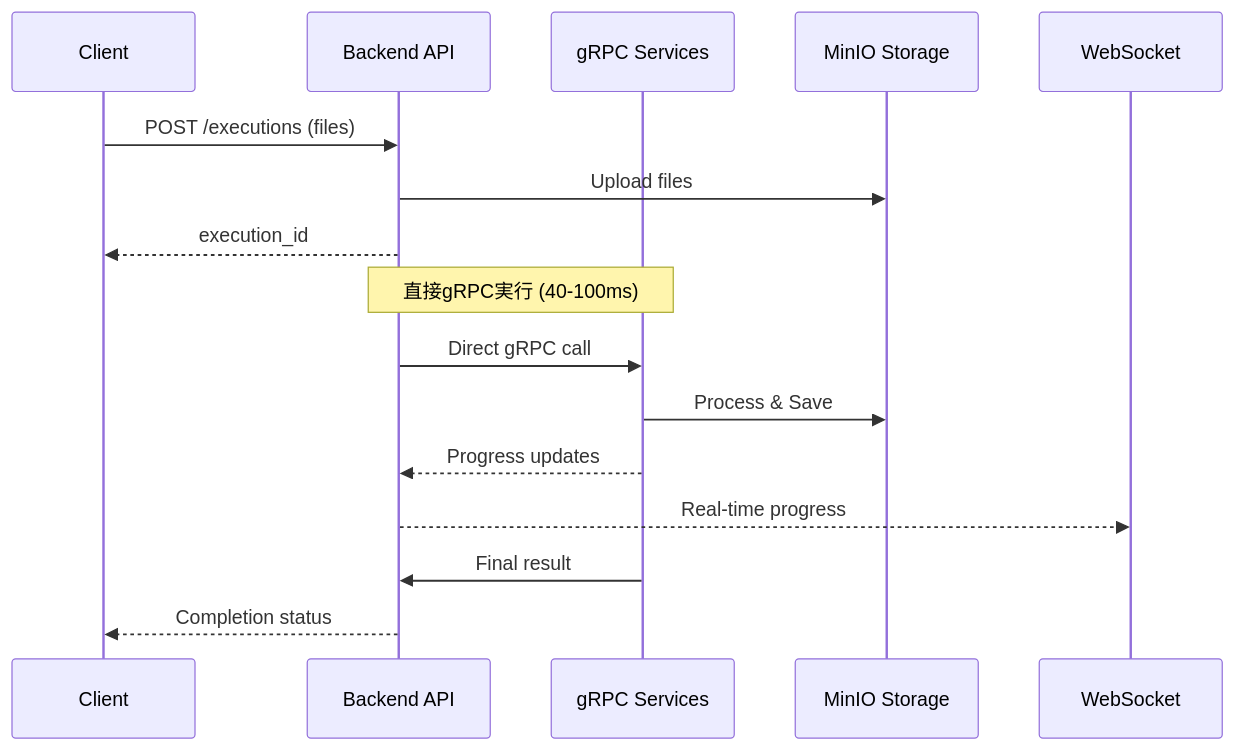
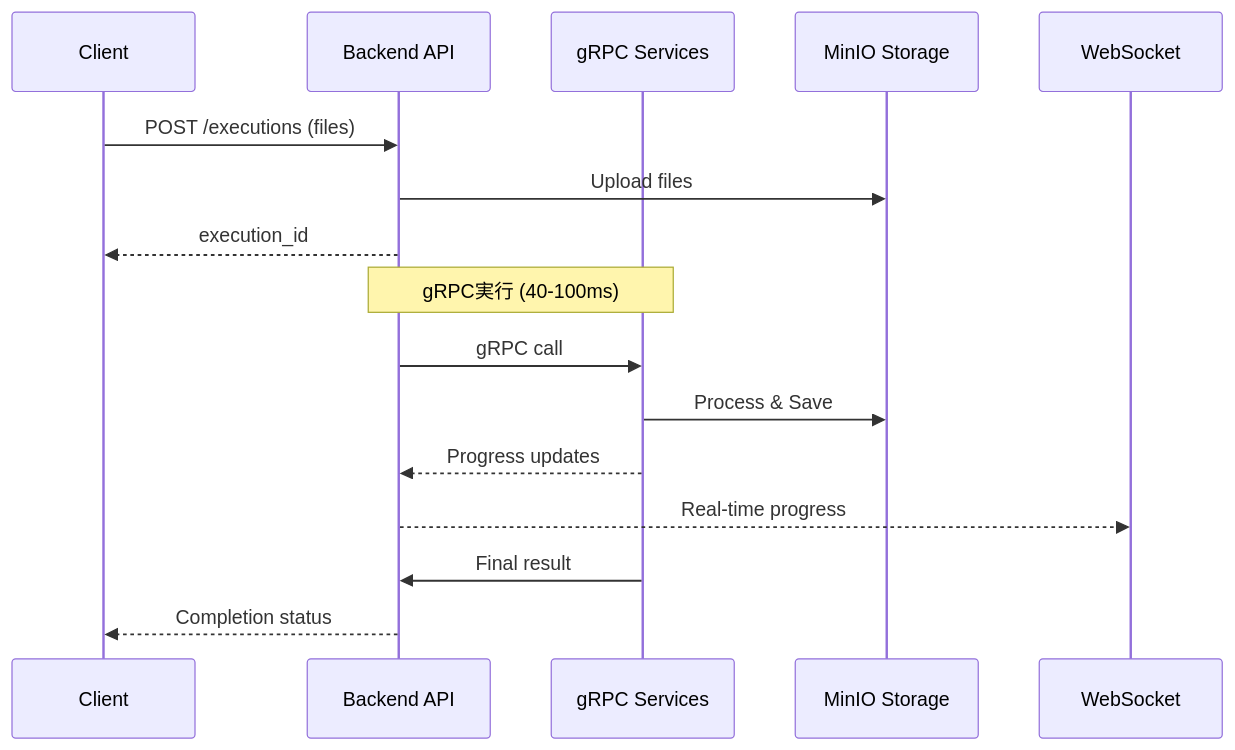
One commit to daichiTAAA/ImageFlowCanvas changed the third of 6 diagrams in docs/0300_設計_アプローチ1/0302_アーキテクチャ設計.md. Above: the diagram before and after it, drawn with Mermaid. The commit also changed other lines of this file and 2 other files, not shown here.

Commit message:
Remove Envoy and direct gRPC references, unify frontend communication via REST+WebSocket

````diff
--- a/docs/0300_設計_アプローチ1/0302_アーキテクチャ設計.md
+++ b/docs/0300_設計_アプローチ1/0302_アーキテクチャ設計.md
@@ -206,20 +207,20 @@
 ```mermaid
 sequenceDiagram
     participant C as Client
     participant API as Backend API
     participant gRPC as gRPC Services
     participant MinIO as MinIO Storage
     participant WS as WebSocket
 
     C->>API: POST /executions (files)
     API->>MinIO: Upload files
     API-->>C: execution_id
     
-    Note over API,gRPC: 直接gRPC実行 (40-100ms)
-    API->>gRPC: Direct gRPC call
+    Note over API,gRPC: gRPC実行 (40-100ms)
+    API->>gRPC: gRPC call
     gRPC->>MinIO: Process & Save
     gRPC-->>API: Progress updates
     API-->>WS: Real-time progress
     gRPC->>API: Final result
     API-->>C: Completion status
 ```
````
